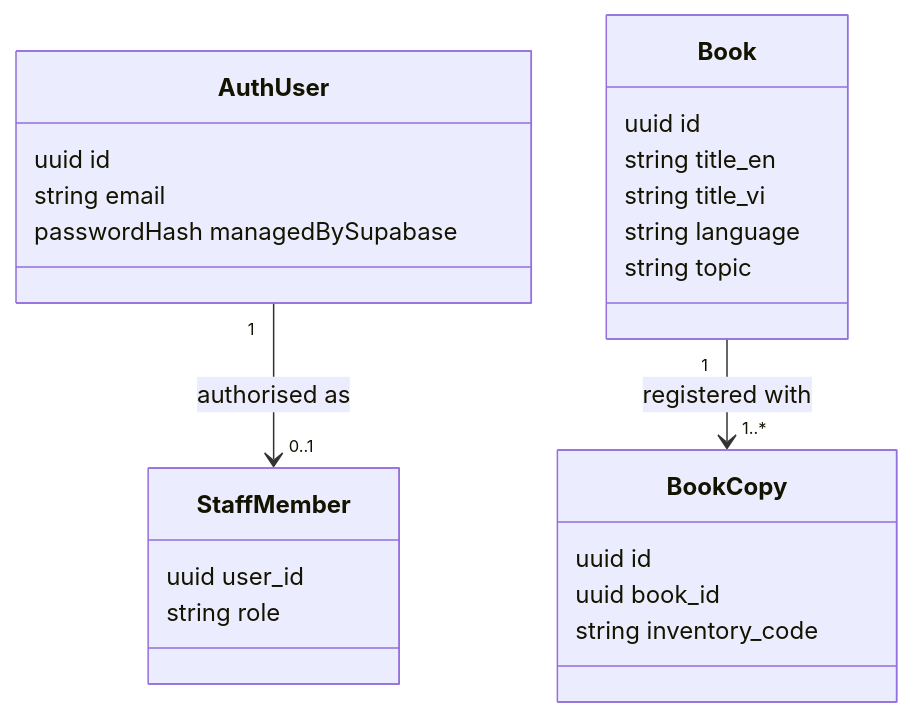
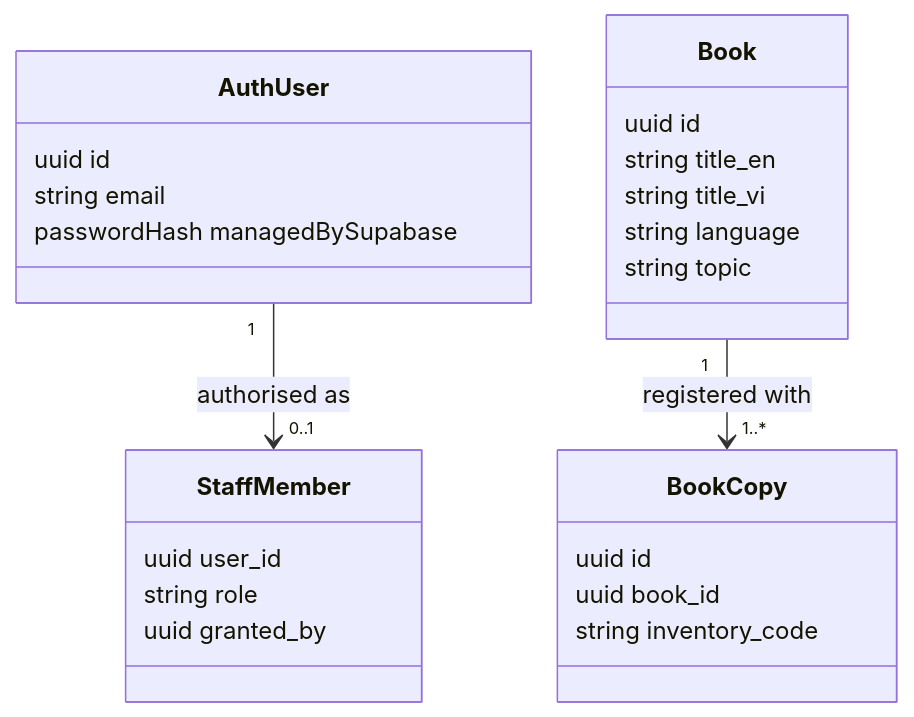
Before and after one commit to gsharsh/HealEduTech: the diagram in docs/SUPABASE_PILOT.md, drawn with Mermaid. The commit also changed other lines of this file and 24 other files, not shown here.

````diff
--- a/docs/SUPABASE_PILOT.md
+++ b/docs/SUPABASE_PILOT.md
@@ -52,26 +78,27 @@
 ```mermaid
 classDiagram
   AuthUser "1" --> "0..1" StaffMember : authorised as
   Book "1" --> "1..*" BookCopy : registered with
   class AuthUser {
     uuid id
     string email
     passwordHash managedBySupabase
   }
   class StaffMember {
     uuid user_id
     string role
+    uuid granted_by
   }
   class Book {
     uuid id
     string title_en
     string title_vi
     string language
     string topic
   }
   class BookCopy {
     uuid id
     uuid book_id
     string inventory_code
   }
 ```
````
